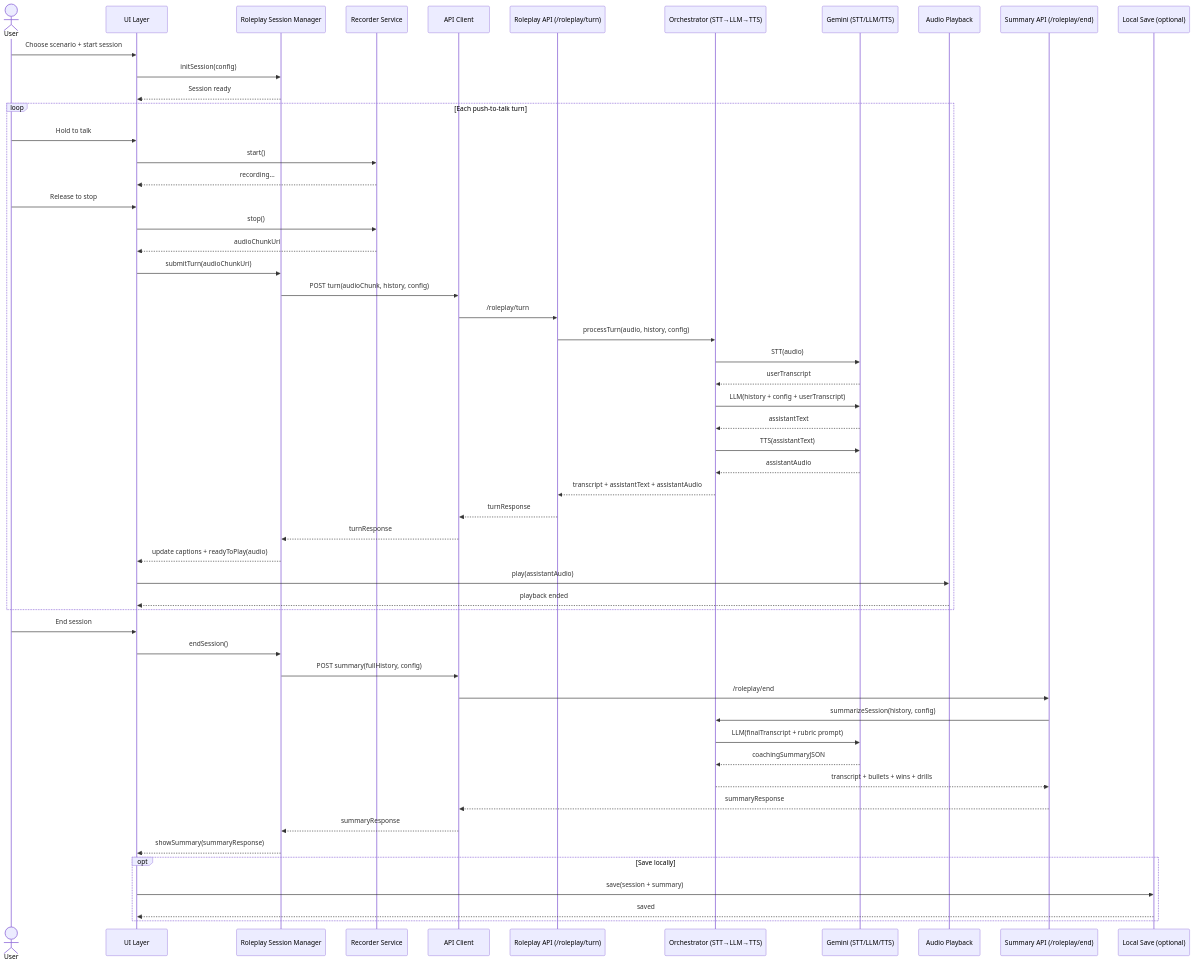
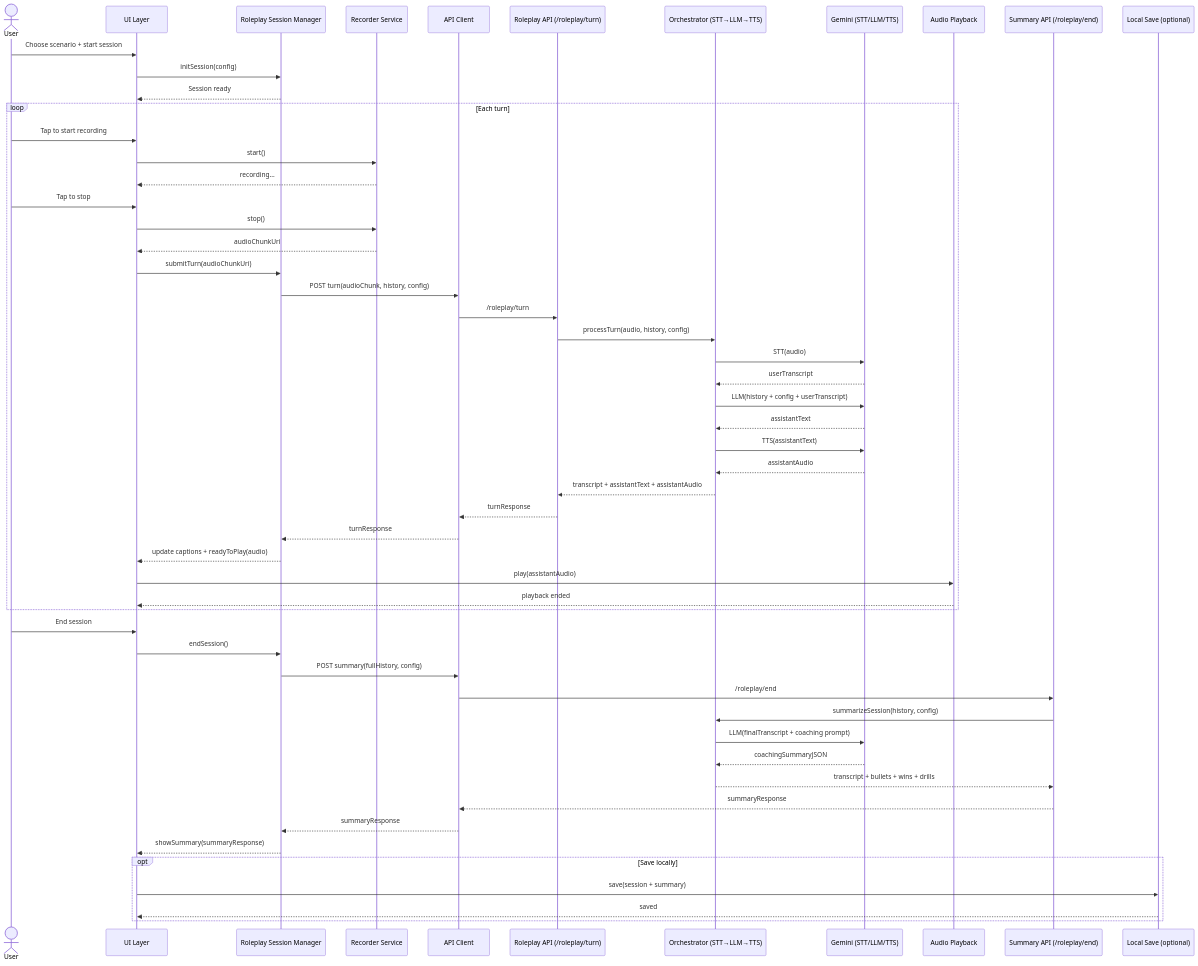
Before and after one commit to d00375828/SeniorProject: the third of 4 diagrams in shadow-frontend/docs/NEWcore-diagrams.md, drawn with Mermaid. The commit also changed other lines of this file and 16 other files, not shown here.

````diff
--- a/shadow-frontend/docs/NEWcore-diagrams.md
+++ b/shadow-frontend/docs/NEWcore-diagrams.md
@@ -91,63 +91,63 @@
 ```mermaid
 sequenceDiagram
     actor U as User
     participant UI as UI Layer
     participant ROLE as Roleplay Session Manager
     participant REC as Recorder Service
     participant API as API Client
     participant TURN as Roleplay API (/roleplay/turn)
     participant ORCH as Orchestrator (STT→LLM→TTS)
     participant GEM as Gemini (STT/LLM/TTS)
     participant PLAY as Audio Playback
     participant SUM as Summary API (/roleplay/end)
     participant LOCAL as Local Save (optional)
 
     U->>UI: Choose scenario + start session
     UI->>ROLE: initSession(config)
     ROLE-->>UI: Session ready
 
-    loop Each push-to-talk turn
-        U->>UI: Hold to talk
+    loop Each turn
+        U->>UI: Tap to start recording
         UI->>REC: start()
         REC-->>UI: recording...
-        U->>UI: Release to stop
+        U->>UI: Tap to stop
         UI->>REC: stop()
         REC-->>UI: audioChunkUri
 
         UI->>ROLE: submitTurn(audioChunkUri)
         ROLE->>API: POST turn(audioChunk, history, config)
         API->>TURN: /roleplay/turn
 
         TURN->>ORCH: processTurn(audio, history, config)
         ORCH->>GEM: STT(audio)
         GEM-->>ORCH: userTranscript
         ORCH->>GEM: LLM(history + config + userTranscript)
         GEM-->>ORCH: assistantText
         ORCH->>GEM: TTS(assistantText)
         GEM-->>ORCH: assistantAudio
         ORCH-->>TURN: transcript + assistantText + assistantAudio
         TURN-->>API: turnResponse
         API-->>ROLE: turnResponse
         ROLE-->>UI: update captions + readyToPlay(audio)
         UI->>PLAY: play(assistantAudio)
         PLAY-->>UI: playback ended
     end
 
     U->>UI: End session
     UI->>ROLE: endSession()
     ROLE->>API: POST summary(fullHistory, config)
     API->>SUM: /roleplay/end
 
     SUM->>ORCH: summarizeSession(history, config)
-    ORCH->>GEM: LLM(finalTranscript + rubric prompt)
+    ORCH->>GEM: LLM(finalTranscript + coaching prompt)
     GEM-->>ORCH: coachingSummaryJSON
     ORCH-->>SUM: transcript + bullets + wins + drills
     SUM-->>API: summaryResponse
     API-->>ROLE: summaryResponse
     ROLE-->>UI: showSummary(summaryResponse)
 
     opt Save locally
         UI->>LOCAL: save(session + summary)
         LOCAL-->>UI: saved
     end
 ```
````
